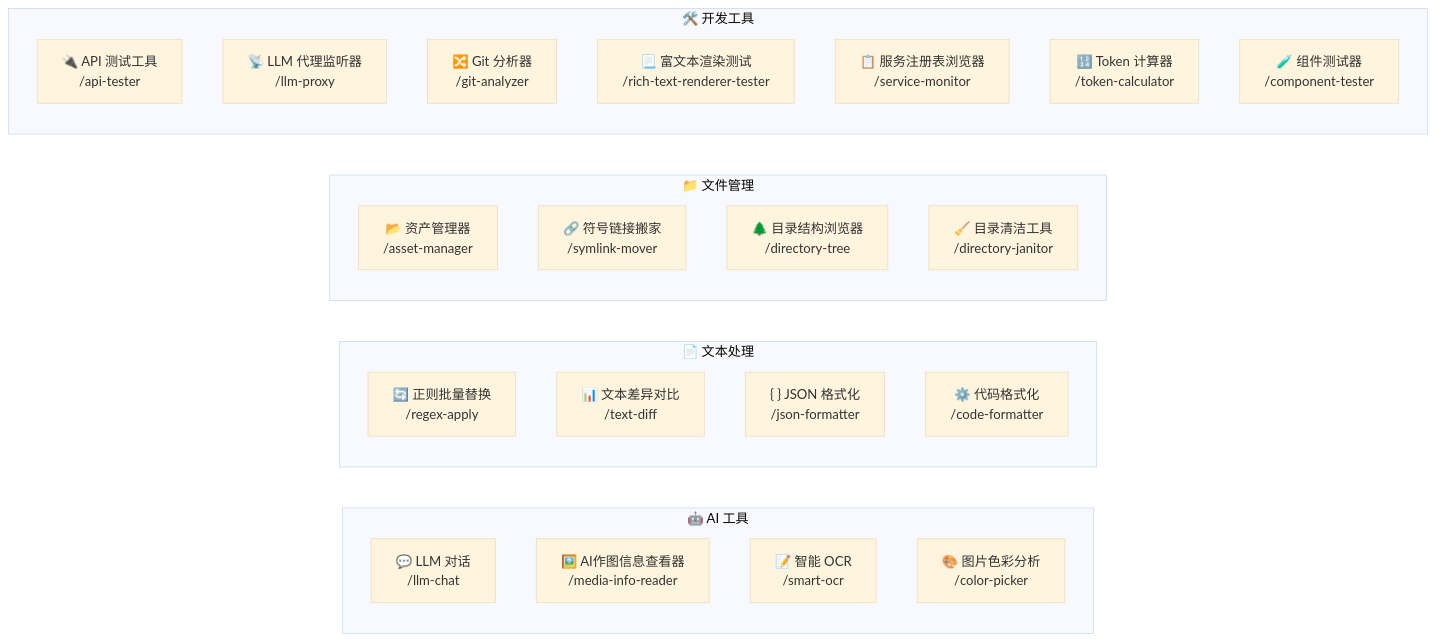
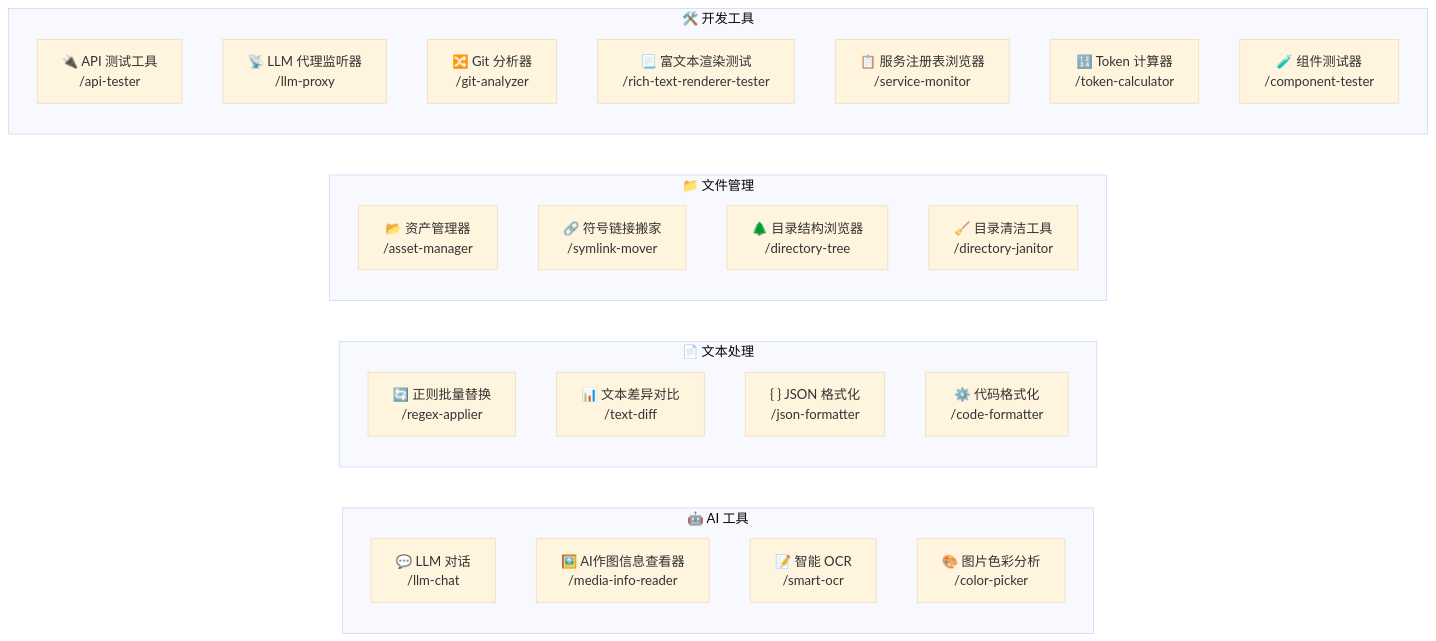
One commit to miaotouy/aio-hub changed the second of 6 diagrams in docs/ui-structure-diagram.md. Above: the diagram before and after it, drawn with Mermaid (base theme). The commit also changed other lines of this file and 29 other files, not shown here.

````diff
--- a/docs/ui-structure-diagram.md
+++ b/docs/ui-structure-diagram.md
@@ -38,33 +38,33 @@
 ```mermaid
 flowchart LR
     subgraph AI["🤖 AI 工具"]
         LlmChat["💬 LLM 对话<br/>/llm-chat"]
         MediaInfo["🖼️ AI作图信息查看器<br/>/media-info-reader"]
         SmartOcr["📝 智能 OCR<br/>/smart-ocr"]
         ColorPicker["🎨 图片色彩分析<br/>/color-picker"]
     end
 
     subgraph Text["📄 文本处理"]
-        RegexApply["🔄 正则批量替换<br/>/regex-apply"]
+        RegexApply["🔄 正则批量替换<br/>/regex-applier"]
         TextDiff["📊 文本差异对比<br/>/text-diff"]
         JsonFormatter["{ } JSON 格式化<br/>/json-formatter"]
         CodeFormatter["⚙️ 代码格式化<br/>/code-formatter"]
     end
 
     subgraph File["📁 文件管理"]
         AssetManager["📂 资产管理器<br/>/asset-manager"]
         SymlinkMover["🔗 符号链接搬家<br/>/symlink-mover"]
         DirectoryTree["🌲 目录结构浏览器<br/>/directory-tree"]
         DirectoryJanitor["🧹 目录清洁工具<br/>/directory-janitor"]
     end
 
     subgraph Dev["🛠️ 开发工具"]
         ApiTester["🔌 API 测试工具<br/>/api-tester"]
         LlmProxy["📡 LLM 代理监听器<br/>/llm-proxy"]
         GitAnalyzer["🔀 Git 分析器<br/>/git-analyzer"]
         RichTextTester["📃 富文本渲染测试<br/>/rich-text-renderer-tester"]
         ServiceMonitor["📋 服务注册表浏览器<br/>/service-monitor"]
         TokenCalculator["🔢 Token 计算器<br/>/token-calculator"]
         ComponentTester["🧪 组件测试器<br/>/component-tester"]
     end
 ```
````
